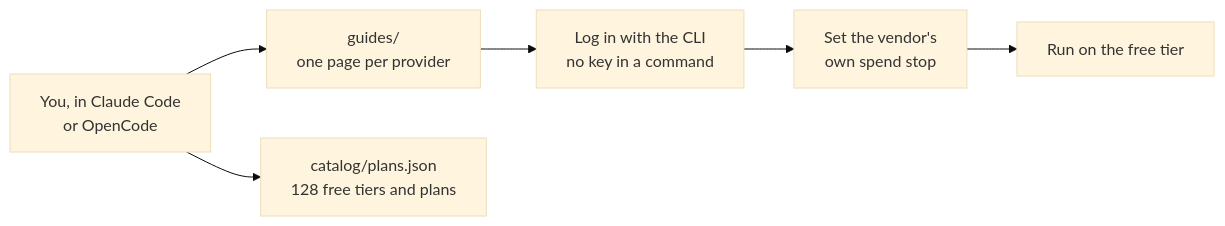
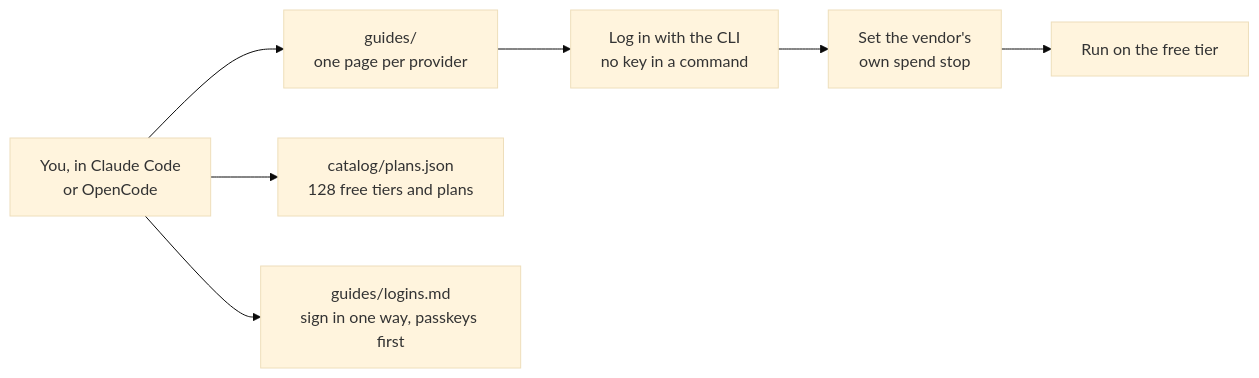
One commit to SoulCraft-Org/compute-crafter changed the diagram in README.md. Above: the diagram before and after it, drawn with Mermaid (base theme). The commit also changed other lines of this file and 13 other files, not shown here.

First line of the commit message:
Logins: vendor sign-in catalog, guide and private starter (#15)

````diff
--- a/README.md
+++ b/README.md
@@ -5,8 +5,9 @@
 ```mermaid
 flowchart LR
   Y[You, in Claude Code<br/>or OpenCode] --> G[guides/<br/>one page per provider]
   Y --> C[catalog/plans.json<br/>128 free tiers and plans]
   G --> L[Log in with the CLI<br/>no key in a command]
   L --> S[Set the vendor's<br/>own spend stop]
   S --> R[Run on the free tier]
+  Y --> A[guides/logins.md<br/>sign in one way, passkeys first]
 ```
````
